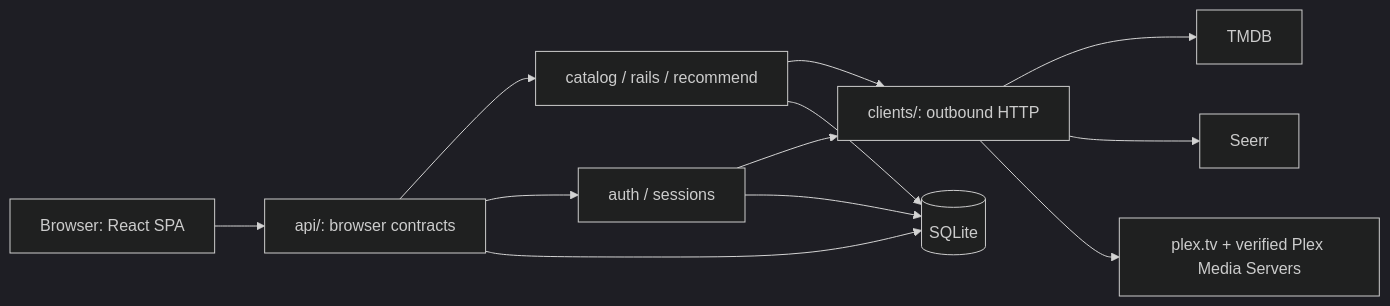
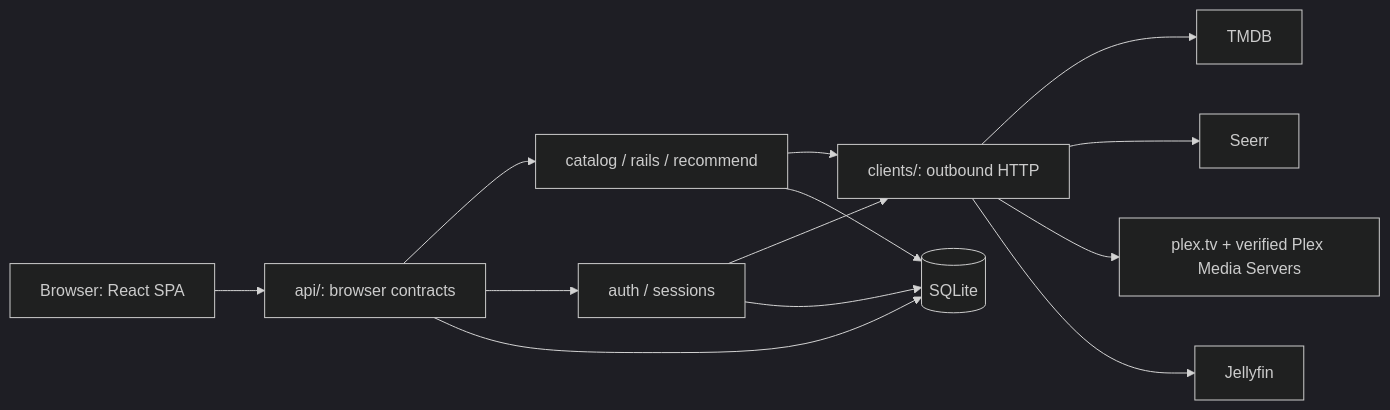
One commit to ZacharyArthur/tasterr changed the diagram in docs/ARCHITECTURE.md. Above: the diagram before and after it, drawn with Mermaid (dark theme). The commit also changed other lines of this file and 182 other files, not shown here.

````diff
--- a/docs/ARCHITECTURE.md
+++ b/docs/ARCHITECTURE.md
@@ -8,14 +8,15 @@
 ```mermaid
 flowchart LR
     B["Browser: React SPA"] --> A["api/: browser contracts"]
     A --> D["catalog / rails / recommend"]
     A --> U["auth / sessions"]
     D --> C["clients/: outbound HTTP"]
     U --> C
     C --> T["TMDB"]
     C --> S["Seerr"]
     C --> P["plex.tv + verified Plex Media Servers"]
+    C --> J["Jellyfin"]
     A --> Q[("SQLite")]
     D --> Q
     U --> Q
 ```
````
